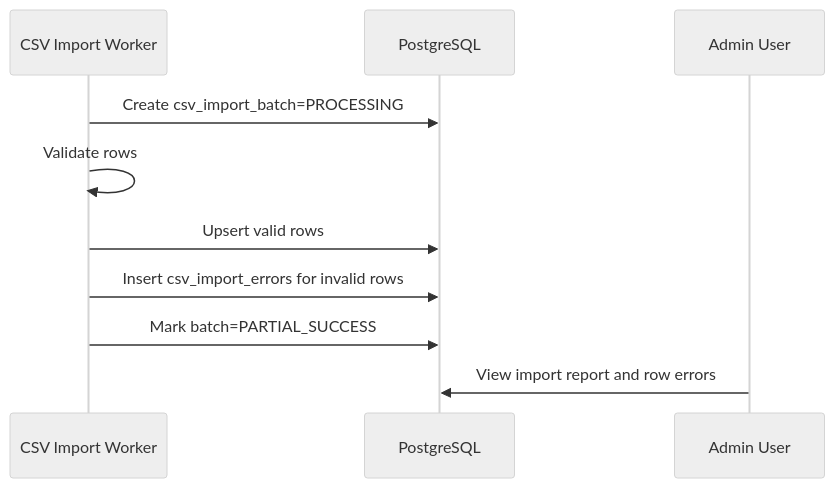
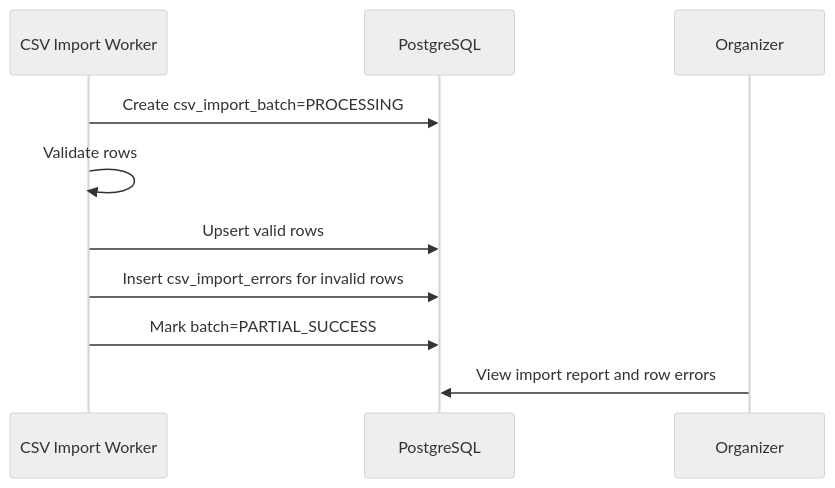
Before and after one commit to NguyenThanhTien539/unihub-workshop-system: the second of 4 diagrams in blueprint/specs/csv-import.md, drawn with Mermaid (neutral theme). The commit also changed other lines of this file and 8 other files, not shown here.

````diff
--- a/blueprint/specs/csv-import.md
+++ b/blueprint/specs/csv-import.md
@@ -88,13 +84,13 @@
 ```mermaid
 sequenceDiagram
     participant W as CSV Import Worker
     participant DB as PostgreSQL
-    participant Admin as Admin User
+    participant O as Organizer
 
     W->>DB: Create csv_import_batch=PROCESSING
     W->>W: Validate rows
     W->>DB: Upsert valid rows
     W->>DB: Insert csv_import_errors for invalid rows
     W->>DB: Mark batch=PARTIAL_SUCCESS
-    Admin->>DB: View import report and row errors
+    O->>DB: View import report and row errors
 ```
````
